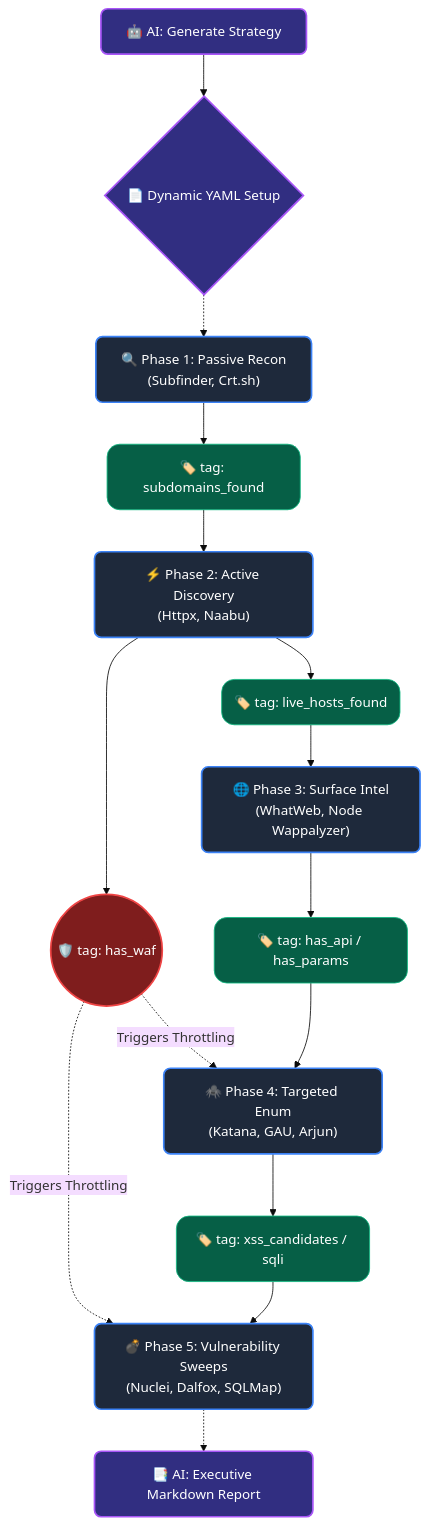
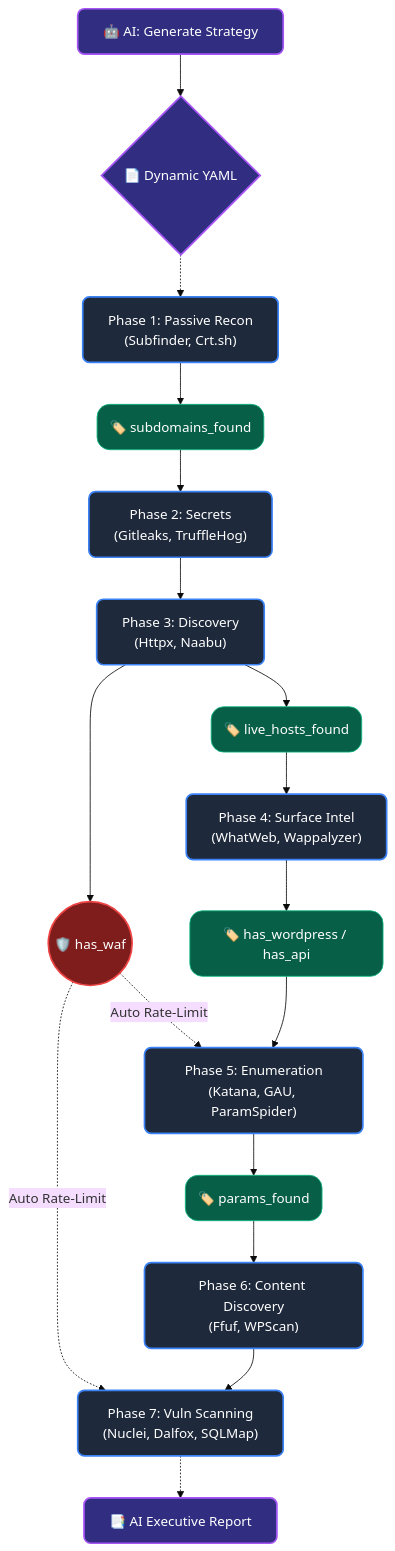
The second of 2 diagrams in README.md (HuntForgeHQ/huntforge), drawn with Mermaid (base theme) before and after one commit. The commit also changed other lines of this file and 1 other file, not shown here.

````diff
--- a/README.md
+++ b/README.md
@@ -82,30 +80,30 @@
 ```mermaid
 graph TD
-    %% Styling
     classDef phase fill:#1e293b,stroke:#3b82f6,stroke-width:2px,color:#fff,rx:8,ry:8
     classDef ai_phase fill:#312e81,stroke:#a855f7,stroke-width:2px,color:#fff,rx:8,ry:8
     classDef tag fill:#065f46,stroke:#10b981,stroke-width:1px,color:#fff,rx:15,ry:15
     classDef waf fill:#7f1d1d,stroke:#ef4444,stroke-width:2px,color:#fff,rx:5,ry:5
 
-    %% Nodes
-    A["🤖 AI: Generate Strategy"]:::ai_phase --> B{"📄 Dynamic YAML Setup"}:::ai_phase
-    B -.-> C["🔍 Phase 1: Passive Recon\n(Subfinder, Crt.sh)"]:::phase
-    
-    C --> T1("🏷️ tag: subdomains_found"):::tag
-    T1 --> D["⚡ Phase 2: Active Discovery\n(Httpx, Naabu)"]:::phase
-    
-    D --> T2("🏷️ tag: live_hosts_found"):::tag
-    D --> WAF(("🛡️ tag: has_waf")):::waf
-    
-    T2 --> E["🌐 Phase 3: Surface Intel\n(WhatWeb, Node Wappalyzer)"]:::phase
-    WAF -.-> |Triggers Throttling| F
-    WAF -.-> |Triggers Throttling| G
-    
-    E --> T3("🏷️ tag: has_api / has_params"):::tag
-    T3 --> F["🕷️ Phase 4: Targeted Enum\n(Katana, GAU, Arjun)"]:::phase
-    
-    F --> T4("🏷️ tag: xss_candidates / sqli"):::tag
-    T4 --> G["💣 Phase 5: Vulnerability Sweeps\n(Nuclei, Dalfox, SQLMap)"]:::phase
-    
-    G -.-> H["📑 AI: Executive Markdown Report"]:::ai_phase
+    A["🤖 AI: Generate Strategy"]:::ai_phase --> B{"📄 Dynamic YAML"}:::ai_phase
+    B -.-> P1["Phase 1: Passive Recon\n(Subfinder, Crt.sh)"]:::phase
+    P1 --> T1("🏷️ subdomains_found"):::tag
+
+    T1 --> P2["Phase 2: Secrets\n(Gitleaks, TruffleHog)"]:::phase
+    P2 --> P3["Phase 3: Discovery\n(Httpx, Naabu)"]:::phase
+
+    P3 --> T2("🏷️ live_hosts_found"):::tag
+    P3 --> WAF(("🛡️ has_waf")):::waf
+
+    T2 --> P4["Phase 4: Surface Intel\n(WhatWeb, Wappalyzer)"]:::phase
+    WAF -.-> |Auto Rate-Limit| P5
+    WAF -.-> |Auto Rate-Limit| P7
+
+    P4 --> T3("🏷️ has_wordpress / has_api"):::tag
+    T3 --> P5["Phase 5: Enumeration\n(Katana, GAU, ParamSpider)"]:::phase
+
+    P5 --> T4("🏷️ params_found"):::tag
+    T4 --> P6["Phase 6: Content Discovery\n(Ffuf, WPScan)"]:::phase
+
+    P6 --> P7["Phase 7: Vuln Scanning\n(Nuclei, Dalfox, SQLMap)"]:::phase
+    P7 -.-> Report["📑 AI Executive Report"]:::ai_phase
 ```
````
